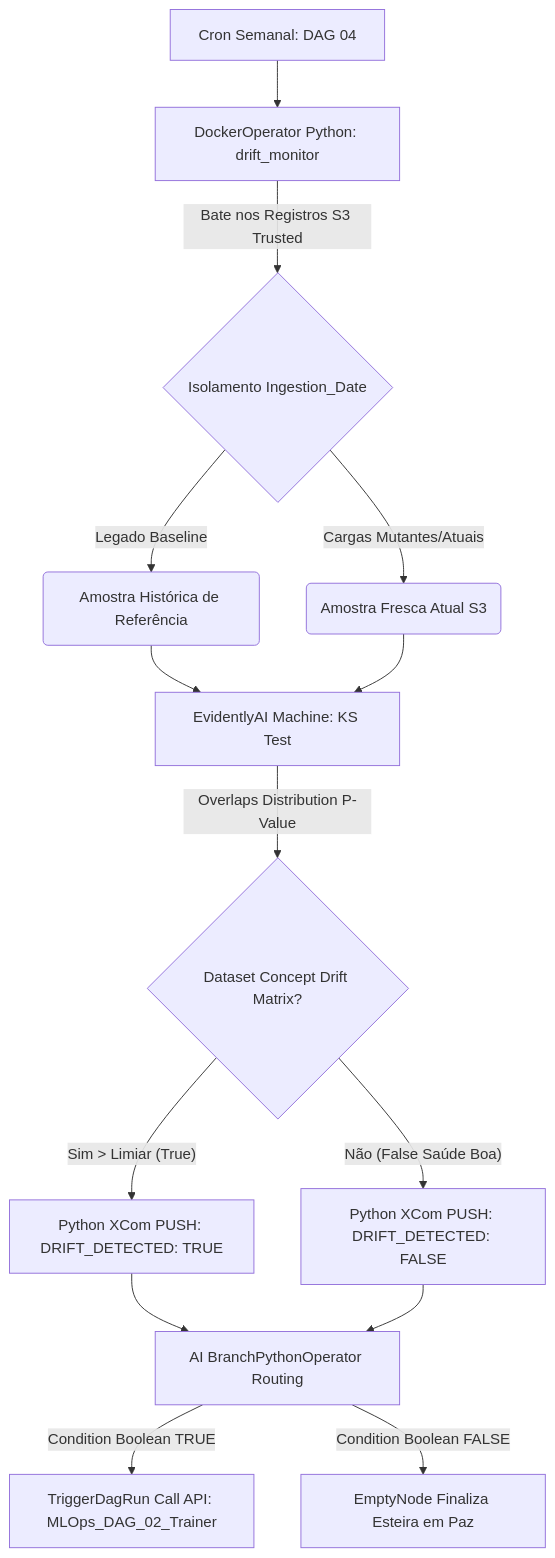
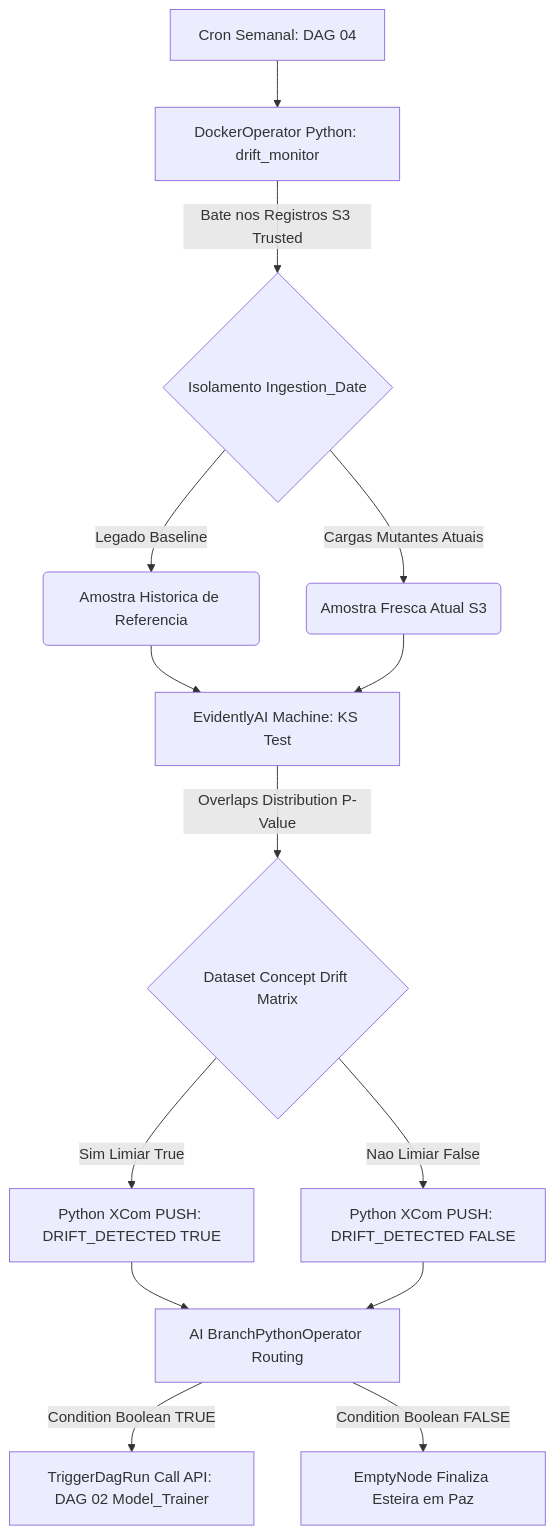
The fifth of 5 diagrams in README.md (engfelipeviana/machine_Learning_pipeline), drawn with Mermaid before and after one commit. The commit also changed other lines of this file, not shown here.

````diff
--- a/README.md
+++ b/README.md
@@ -158,17 +152,17 @@
 ```mermaid
 graph TD
     A[Cron Semanal: DAG 04] --> B[DockerOperator Python: drift_monitor]
     B -->|Bate nos Registros S3 Trusted| C{Isolamento Ingestion_Date}
-    C -->|Legado Baseline| Ref(Amostra Histórica de Referência)
-    C -->|Cargas Mutantes/Atuais| Cur(Amostra Fresca Atual S3)
+    C -->|Legado Baseline| Ref(Amostra Historica de Referencia)
+    C -->|Cargas Mutantes Atuais| Cur(Amostra Fresca Atual S3)
     Ref --> EV[EvidentlyAI Machine: KS Test]
     Cur --> EV
-    EV -->|Overlaps Distribution P-Value| D{Dataset Concept Drift Matrix?}
-    D -- Sim > Limiar (True) --> X[Python XCom PUSH: DRIFT_DETECTED: TRUE]
-    D -- Não (False Saúde Boa) --> Y[Python XCom PUSH: DRIFT_DETECTED: FALSE]
+    EV -->|Overlaps Distribution P-Value| D{Dataset Concept Drift Matrix}
+    D -- Sim Limiar True --> X[Python XCom PUSH: DRIFT_DETECTED TRUE]
+    D -- Nao Limiar False --> Y[Python XCom PUSH: DRIFT_DETECTED FALSE]
     
     X --> PBO[AI BranchPythonOperator Routing]
     Y --> PBO
-    PBO -- Condition Boolean TRUE --> Train[TriggerDagRun Call API: MLOps_DAG_02_Trainer]
+    PBO -- Condition Boolean TRUE --> Train[TriggerDagRun Call API: DAG 02 Model_Trainer]
     PBO -- Condition Boolean FALSE --> End[EmptyNode Finaliza Esteira em Paz]
 ```
````
